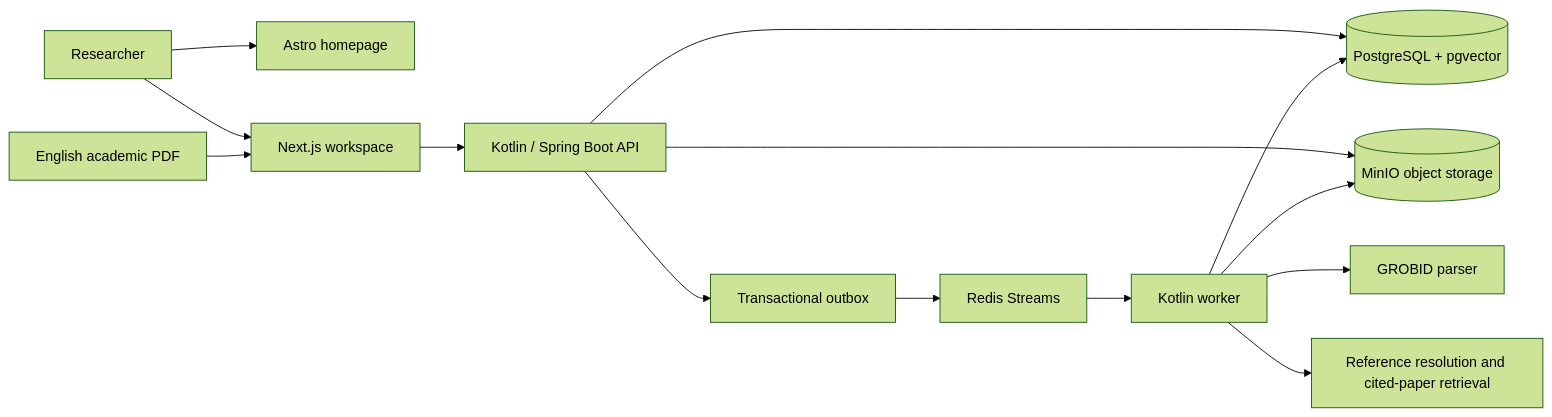
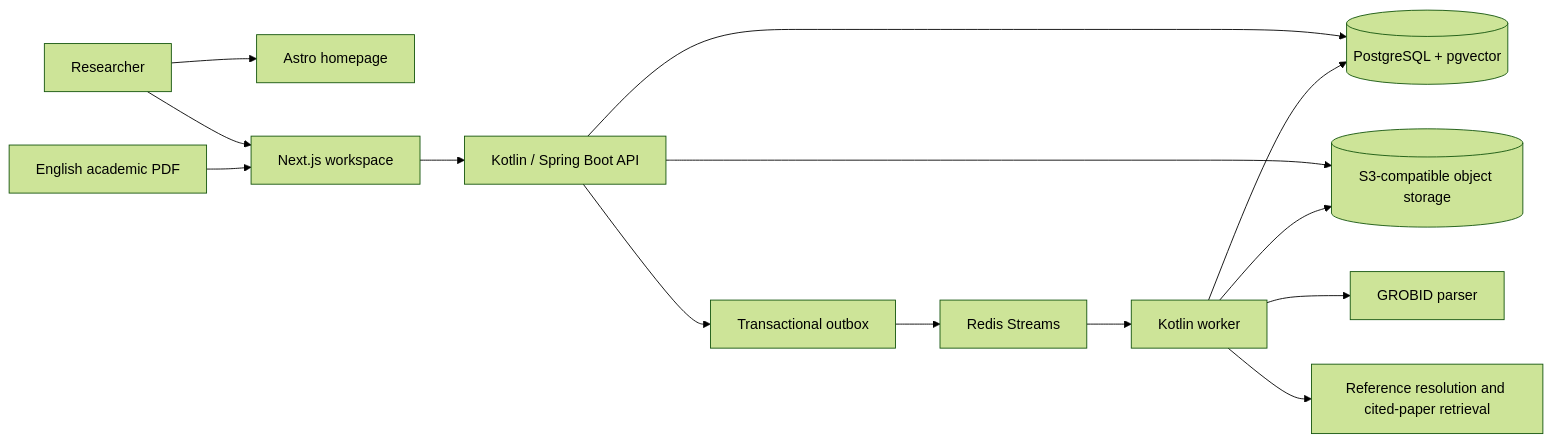
Before and after one commit to arrokh/paper-t-rail: the diagram in README.md, drawn with Mermaid (forest theme). The commit also changed other lines of this file and 19 other files, not shown here.

First line of the commit message:
[infra] feat: Replace local object storage

````diff
--- a/README.md
+++ b/README.md
@@ -67,16 +73,16 @@
 ```mermaid
 flowchart LR
     Researcher --> Home[Astro homepage]
     Researcher --> Workspace[Next.js workspace]
     PDF[English academic PDF] --> Workspace
     Workspace --> API[Kotlin / Spring Boot API]
     API --> DB[(PostgreSQL + pgvector)]
-    API --> Objects[(MinIO object storage)]
+    API --> Objects[(S3-compatible object storage)]
     API --> Outbox[Transactional outbox]
     Outbox --> Redis[Redis Streams]
     Redis --> Worker[Kotlin worker]
     Worker --> GROBID[GROBID parser]
     Worker --> Sources[Reference resolution and cited-paper retrieval]
     Worker --> DB
     Worker --> Objects
 ```
````
